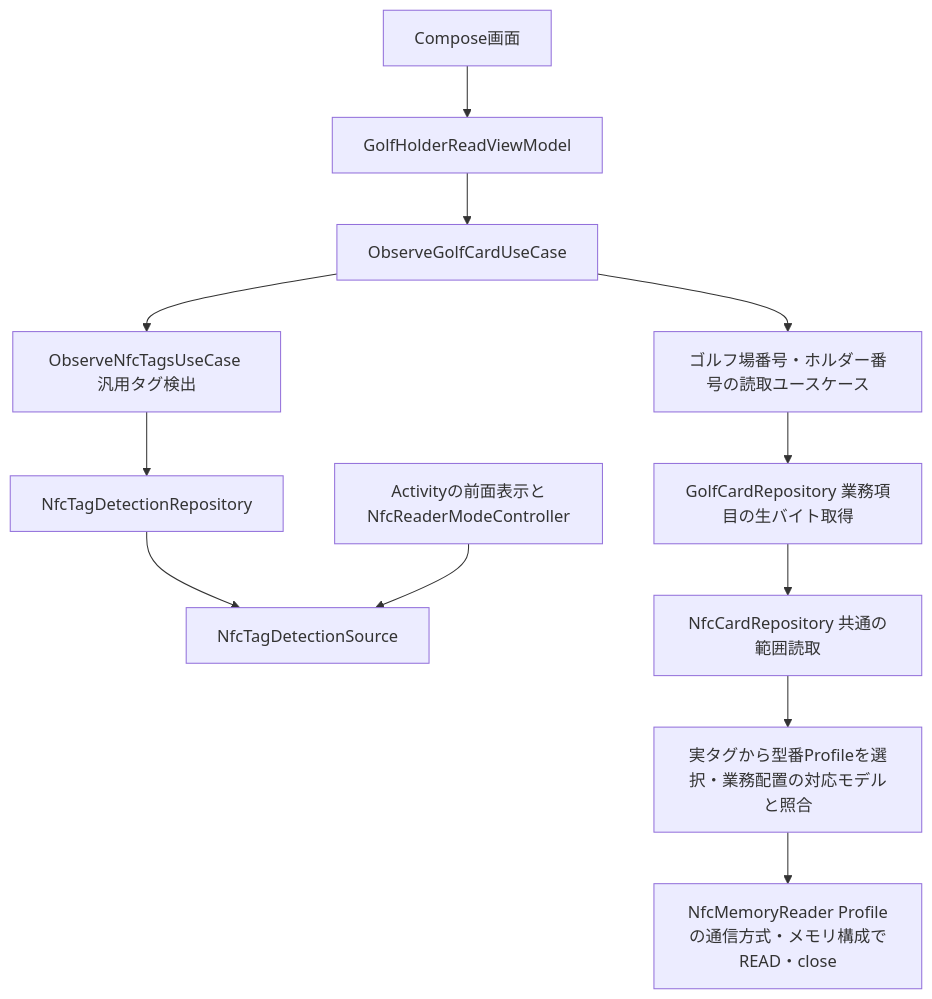
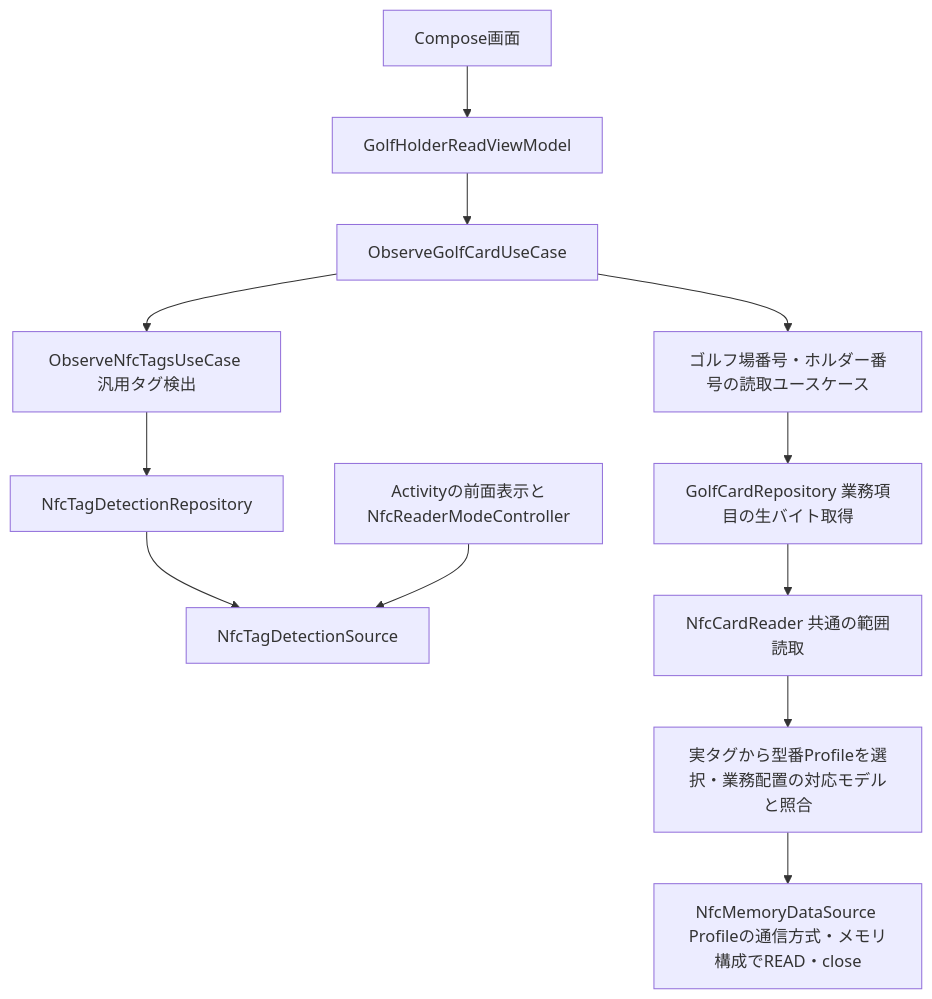
Before and after one commit to novum-d/cordova-native-gradle-workspace: the diagram in docs/NFC_READER_DESIGN.md, drawn with Mermaid. The commit also changed other lines of this file and 89 other files, not shown here.

````diff
--- a/docs/NFC_READER_DESIGN.md
+++ b/docs/NFC_READER_DESIGN.md
@@ -9,14 +9,14 @@
 ```mermaid
 flowchart TD
     UI[Compose画面] --> VM[GolfHolderReadViewModel]
     VM --> Golf[ObserveGolfCardUseCase]
     Golf --> Detect[ObserveNfcTagsUseCase 汎用タグ検出]
     Detect --> DetectionRepo[NfcTagDetectionRepository]
     DetectionRepo --> Source[NfcTagDetectionSource]
     Host[Activityの前面表示とNfcReaderModeController] --> Source
     Golf --> Read[ゴルフ場番号・ホルダー番号の読取ユースケース]
     Read --> CardRepo[GolfCardRepository 業務項目の生バイト取得]
-    CardRepo --> CommonRepo[NfcCardRepository 共通の範囲読取]
-    CommonRepo --> Profile[実タグから型番Profileを選択・業務配置の対応モデルと照合]
-    Profile --> IO[NfcMemoryReader Profileの通信方式・メモリ構成でREAD・close]
+    CardRepo --> CommonReader[NfcCardReader 共通の範囲読取]
+    CommonReader --> Profile[実タグから型番Profileを選択・業務配置の対応モデルと照合]
+    Profile --> IO[NfcMemoryDataSource Profileの通信方式・メモリ構成でREAD・close]
 ```
````
